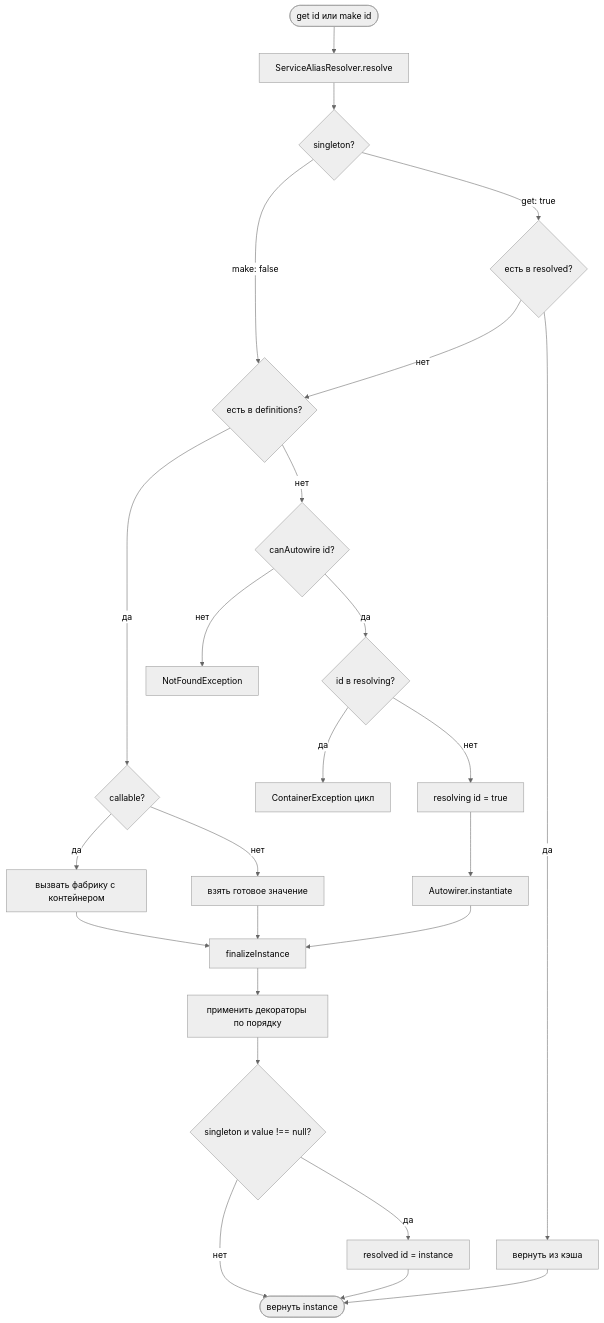
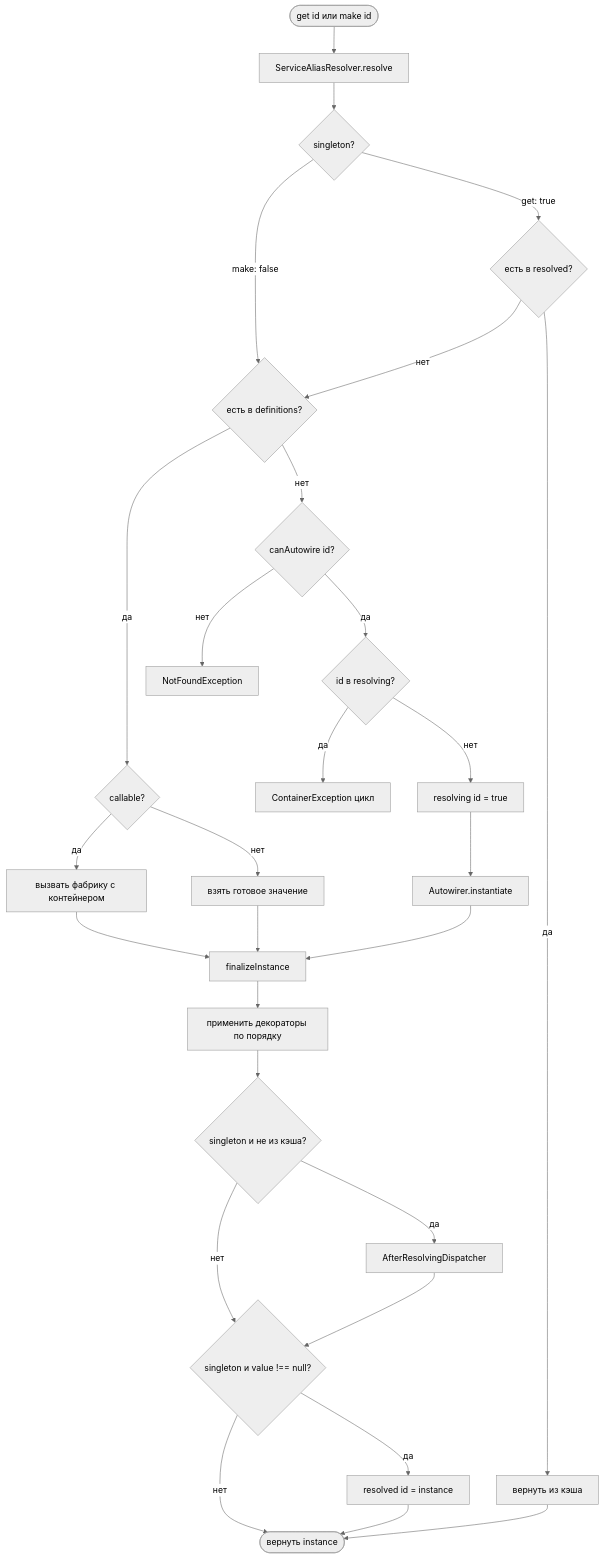
Before and after one commit to cloudcastle-apps/di: the third of 22 diagrams in wiki/Architecture.md, drawn with Mermaid (neutral theme). The commit also changed other lines of this file and 92 other files, not shown here.

````diff
--- a/wiki/Architecture.md
+++ b/wiki/Architecture.md
@@ -114,27 +159,30 @@
 ```mermaid
 flowchart TD
     Start([get id или make id]) --> Alias[ServiceAliasResolver.resolve]
     Alias --> Mode{singleton?}
     Mode -->|get: true| Cache{есть в resolved?}
     Mode -->|make: false| Def
     Cache -->|да| ReturnCache[вернуть из кэша]
     Cache -->|нет| Def{есть в definitions?}
     Def -->|да| Factory{callable?}
     Factory -->|да| CallFactory[вызвать фабрику с контейнером]
     Factory -->|нет| UseConcrete[взять готовое значение]
     CallFactory --> Finalize
     UseConcrete --> Finalize[finalizeInstance]
     Def -->|нет| CanAW{canAutowire id?}
     CanAW -->|да| Cycle{id в resolving?}
     Cycle -->|да| ErrCycle[ContainerException цикл]
     Cycle -->|нет| Mark[resolving id = true]
     Mark --> Inst[Autowirer.instantiate]
     Inst --> Finalize
     CanAW -->|нет| ErrNF[NotFoundException]
     Finalize --> Deco[применить декораторы по порядку]
-    Deco --> Save{singleton и value !== null?}
+    Deco --> Hooks{singleton и не из кэша?}
+    Hooks -->|да| ARD[AfterResolvingDispatcher]
+    Hooks -->|нет| Save
+    ARD --> Save{singleton и value !== null?}
     Save -->|да| PutCache[resolved id = instance]
     Save -->|нет| Done
     PutCache --> Done([вернуть instance])
     ReturnCache --> Done
 ```
````
